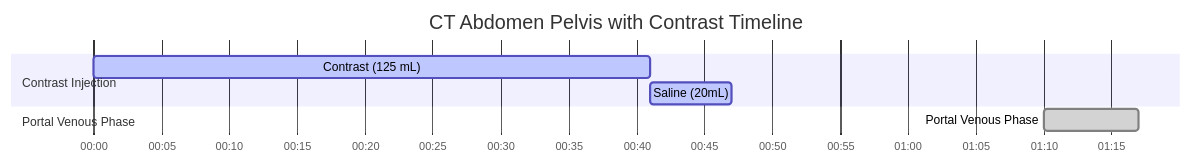
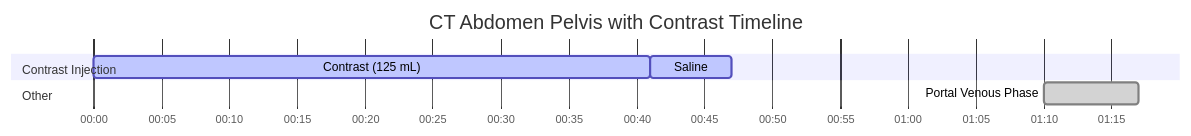
The diagram in docs/ct/abdomen/ct-abdomen-pelvis-with-contrast.md (dfergs93/radiology-protocols), drawn with Mermaid before and after one commit. The commit also changed other lines of this file and 101 other files, not shown here.

````diff
--- a/docs/ct/abdomen/ct-abdomen-pelvis-with-contrast.md
+++ b/docs/ct/abdomen/ct-abdomen-pelvis-with-contrast.md
@@ -82,16 +83,18 @@
   ```mermaid
   ---
+  displayMode: compact
   config:
     theme: default
+    themeCSS: " #Saline{ fill: #4ed5ff; stroke: #2094f3; } "
   ---
     gantt
       title CT Abdomen Pelvis with Contrast Timeline
       dateFormat mm:ss
       axisFormat %M:%S 
       
       section Contrast Injection
       Contrast (125 mL)    :active, contrast, 00:00, 41s
-      Saline (20mL)          :active, saline, after contrast, 6s
-      section Portal Venous Phase
+      Saline          :active, saline, after contrast, 6s
+      section Other
       Portal Venous Phase    :done, scan1, 01:10, 7s
   ```
````
